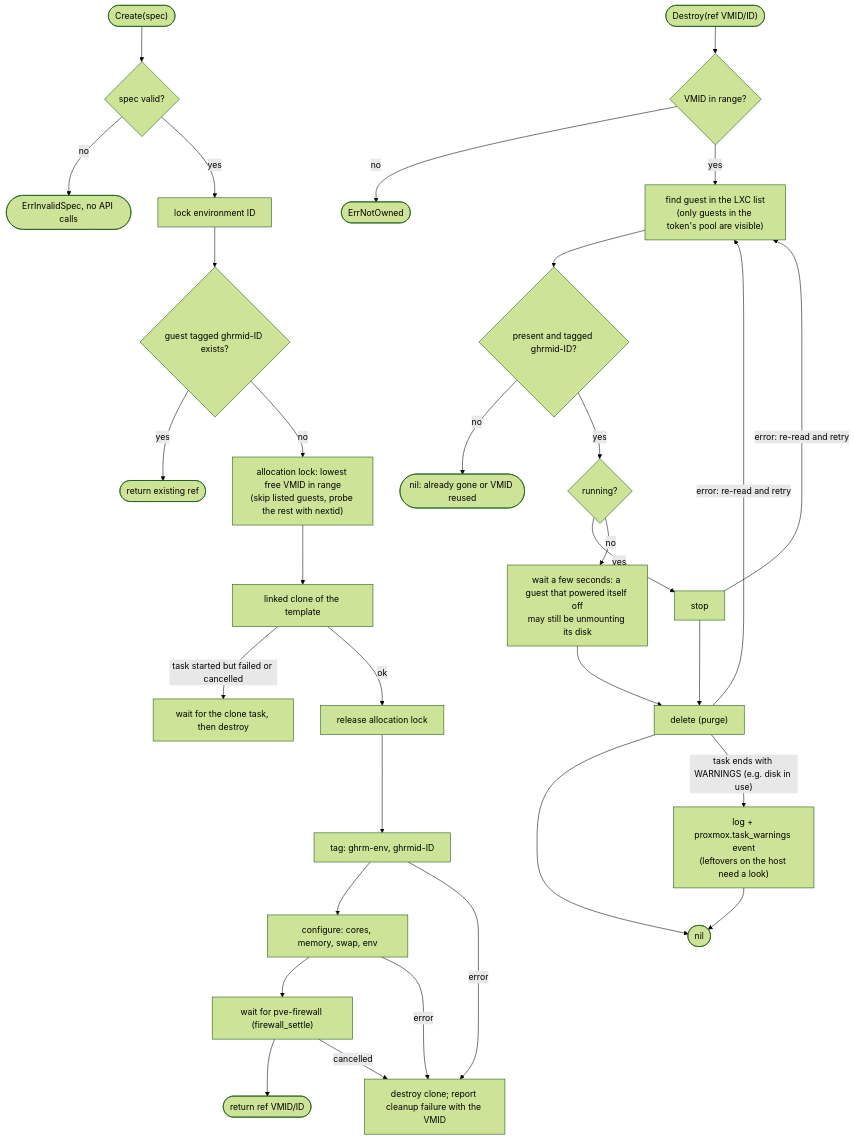
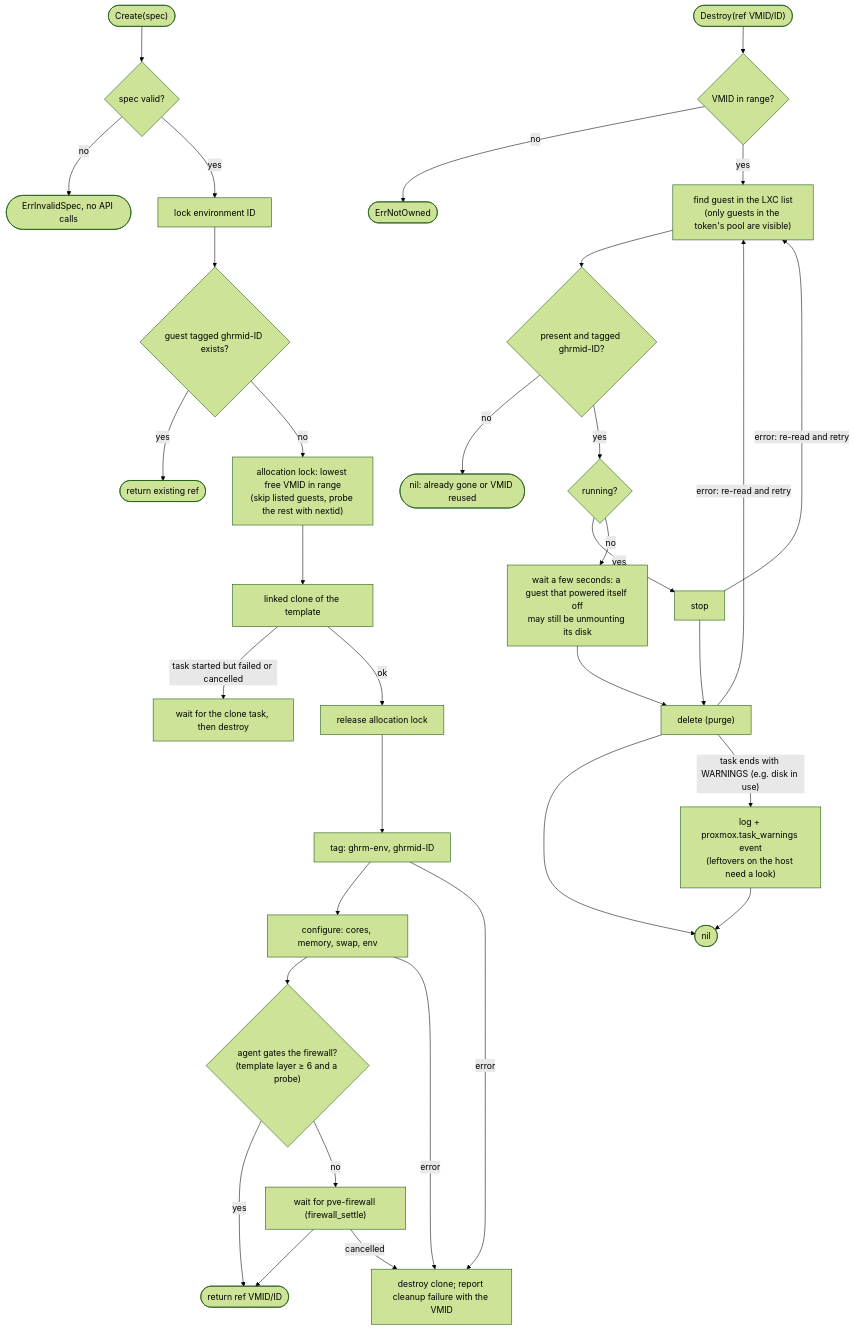
The ninth of 13 diagrams in docs/architecture.md (cocardoso/gh-runners-manager), drawn with Mermaid (forest theme) before and after one commit. The commit also changed other lines of this file and 21 other files, not shown here.

First line of the commit message:
feat: the agent waits for the job network firewall instead of a fixed 12 s delay

````diff
--- a/docs/architecture.md
+++ b/docs/architecture.md
@@ -355,35 +357,37 @@
 ```mermaid
 flowchart TD
     start(["Create(spec)"]) --> validate{"spec valid?"}
     validate -- no --> reject(["ErrInvalidSpec, no API calls"])
     validate -- yes --> idlock["lock environment ID"]
     idlock --> existing{"guest tagged ghrmid-ID exists?"}
     existing -- yes --> same(["return existing ref"])
     existing -- no --> alloc["allocation lock: lowest free VMID in range<br/>(skip listed guests, probe the rest with nextid)"]
     alloc --> clone["linked clone of the template"]
     clone -- "task started but failed or cancelled" --> waitclean["wait for the clone task, then destroy"]
     clone -- ok --> unlockalloc["release allocation lock"]
     unlockalloc --> tag["tag: ghrm-env, ghrmid-ID"]
     tag --> configure["configure: cores, memory, swap, env"]
-    configure --> settle["wait for pve-firewall (firewall_settle)"]
-    settle --> ref(["return ref VMID/ID"])
+    configure --> gated{"agent gates the firewall?<br/>(template layer ≥ 6 and a probe)"}
+    gated -- yes --> ref(["return ref VMID/ID"])
+    gated -- no --> settle["wait for pve-firewall (firewall_settle)"]
+    settle --> ref
     tag -- error --> cleanup["destroy clone; report cleanup failure with the VMID"]
     configure -- error --> cleanup
     settle -- cancelled --> cleanup
 
     dstart(["Destroy(ref VMID/ID)"]) --> range{"VMID in range?"}
     range -- no --> notowned(["ErrNotOwned"])
     range -- yes --> look["find guest in the LXC list<br/>(only guests in the token's pool are visible)"]
     look --> mine{"present and tagged ghrmid-ID?"}
     mine -- no --> gone(["nil: already gone or VMID reused"])
     mine -- yes --> running{"running?"}
     running -- yes --> stop["stop"]
     running -- no --> settle2["wait a few seconds: a guest that powered itself off<br/>may still be unmounting its disk"]
     settle2 --> del["delete (purge)"]
     stop --> del
     stop -- "error: re-read and retry" --> look
     del -- "error: re-read and retry" --> look
     del --> done(["nil"])
     del -- "task ends with WARNINGS (e.g. disk in use)" --> warn["log + proxmox.task_warnings event<br/>(leftovers on the host need a look)"]
     warn --> done
 ```
````
